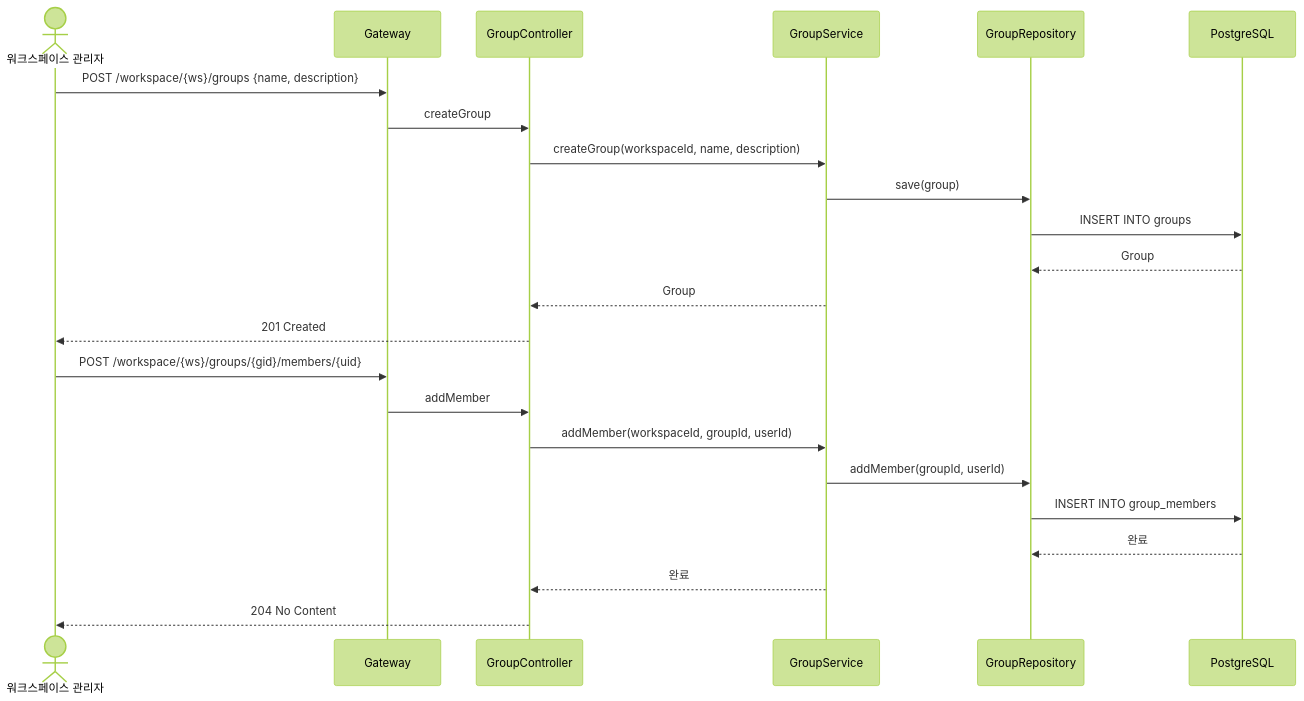
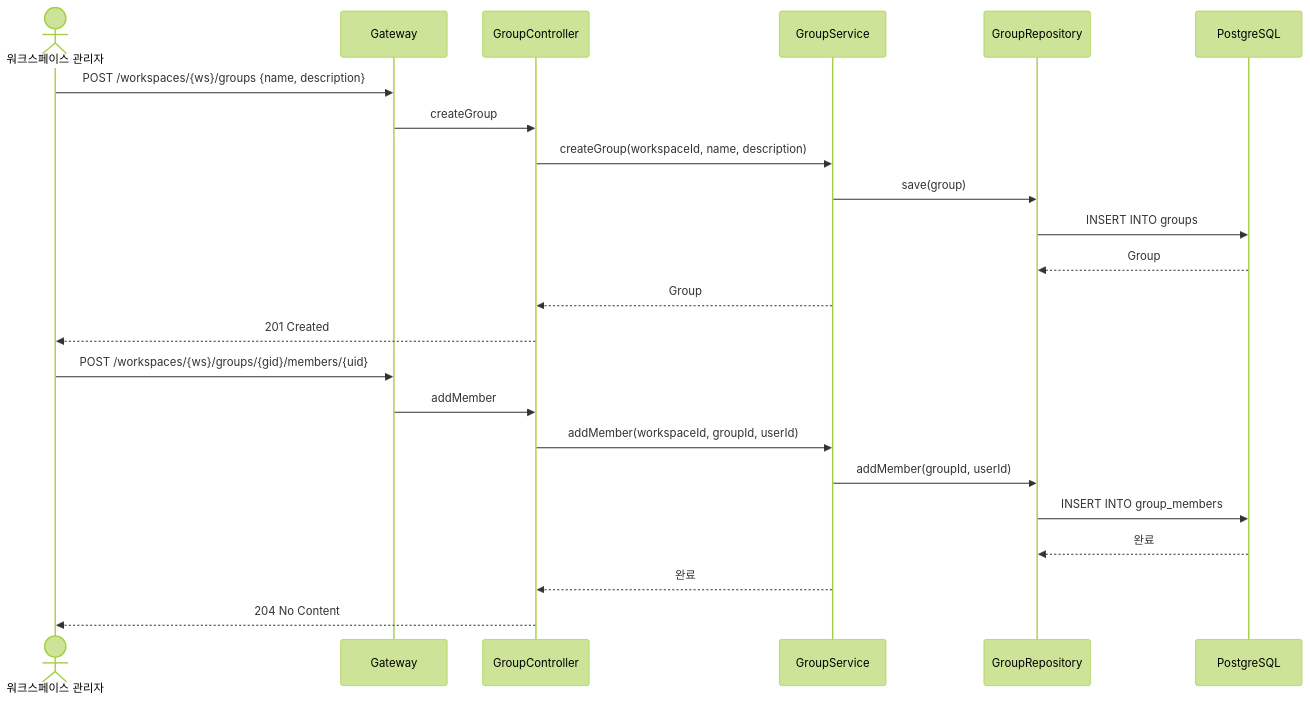
One commit to sayaya1090/handbook changed the fourth of 5 diagrams in workspace-command/USECASE.md. Above: the diagram before and after it, drawn with Mermaid (forest theme). The commit also changed other lines of this file and 58 other files, not shown here.

````diff
--- a/workspace-command/USECASE.md
+++ b/workspace-command/USECASE.md
@@ -78,27 +78,27 @@
 ```mermaid
 sequenceDiagram
     actor Admin as 워크스페이스 관리자
     participant GW as Gateway
     participant Ctrl as GroupController
     participant Svc as GroupService
     participant GRepo as GroupRepository
     participant DB as PostgreSQL
 
-    Admin->>GW: POST /workspace/{ws}/groups {name, description}
+    Admin->>GW: POST /workspaces/{ws}/groups {name, description}
     GW->>Ctrl: createGroup
     Ctrl->>Svc: createGroup(workspaceId, name, description)
     Svc->>GRepo: save(group)
     GRepo->>DB: INSERT INTO groups
     DB-->>GRepo: Group
     Svc-->>Ctrl: Group
     Ctrl-->>Admin: 201 Created
 
-    Admin->>GW: POST /workspace/{ws}/groups/{gid}/members/{uid}
+    Admin->>GW: POST /workspaces/{ws}/groups/{gid}/members/{uid}
     GW->>Ctrl: addMember
     Ctrl->>Svc: addMember(workspaceId, groupId, userId)
     Svc->>GRepo: addMember(groupId, userId)
     GRepo->>DB: INSERT INTO group_members
     DB-->>GRepo: 완료
     Svc-->>Ctrl: 완료
     Ctrl-->>Admin: 204 No Content
 ```
````
